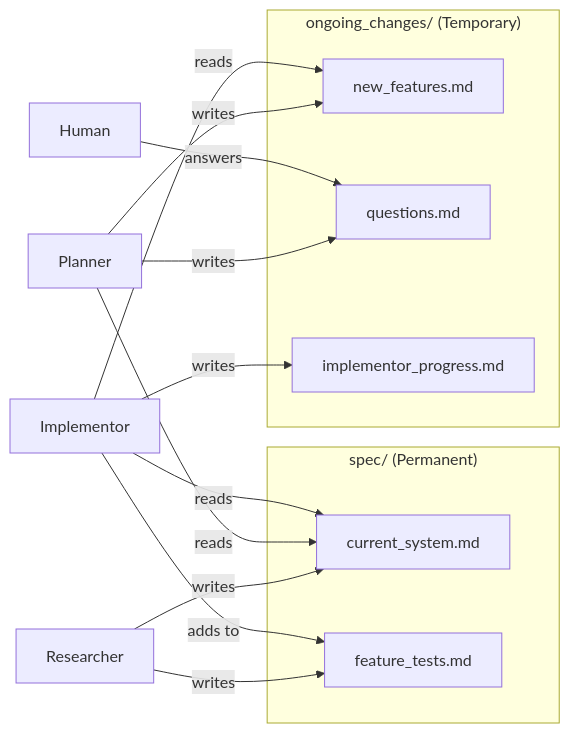
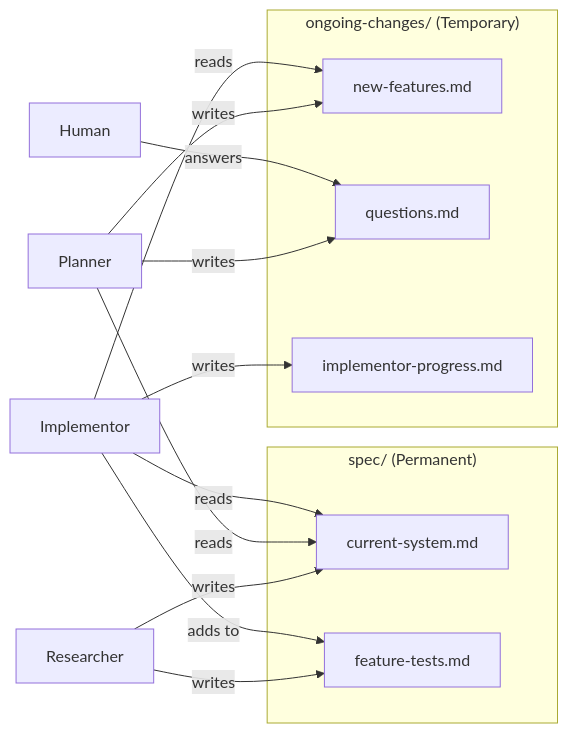
The third of 3 diagrams in agents/workflow.md (ahoydave/dotfiles), drawn with Mermaid before and after one commit. The commit also changed other lines of this file and 14 other files, not shown here.

````diff
--- a/agents/workflow.md
+++ b/agents/workflow.md
@@ -115,27 +115,27 @@
 ```mermaid
 flowchart LR
     subgraph spec["spec/ (Permanent)"]
-        CS[current_system.md]
-        FT[feature_tests.md]
+        CS[current-system.md]
+        FT[feature-tests.md]
     end
 
-    subgraph ongoing["ongoing_changes/ (Temporary)"]
-        NF[new_features.md]
+    subgraph ongoing["ongoing-changes/ (Temporary)"]
+        NF[new-features.md]
         Q[questions.md]
-        IP[implementor_progress.md]
+        IP[implementor-progress.md]
     end
 
     Researcher -->|writes| CS
     Researcher -->|writes| FT
 
     Planner -->|reads| CS
     Planner -->|writes| NF
     Planner -->|writes| Q
 
     Human -->|answers| Q
 
     Implementor -->|reads| CS
     Implementor -->|reads| NF
     Implementor -->|writes| IP
     Implementor -->|adds to| FT
 ```
````
